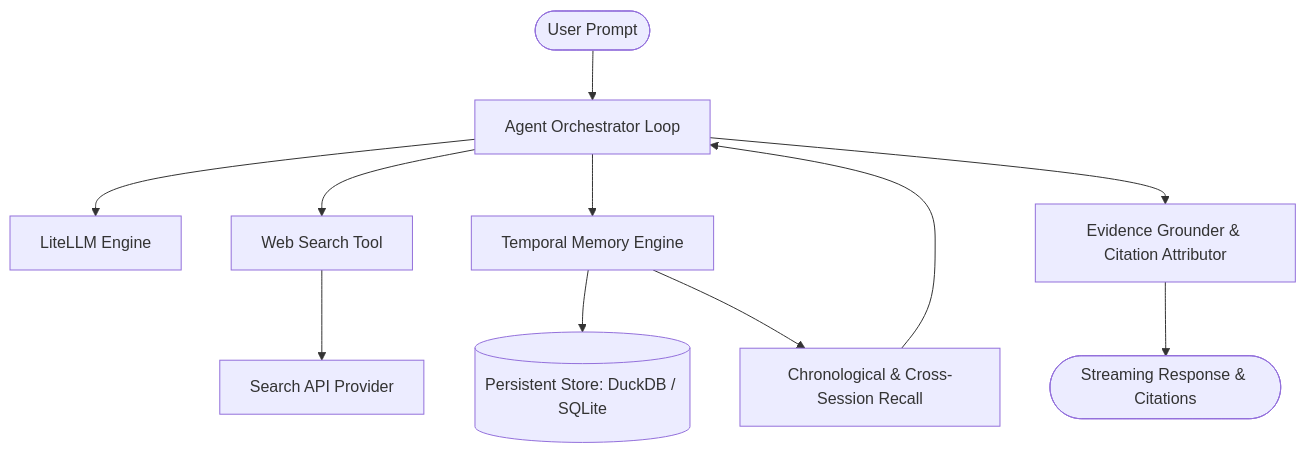
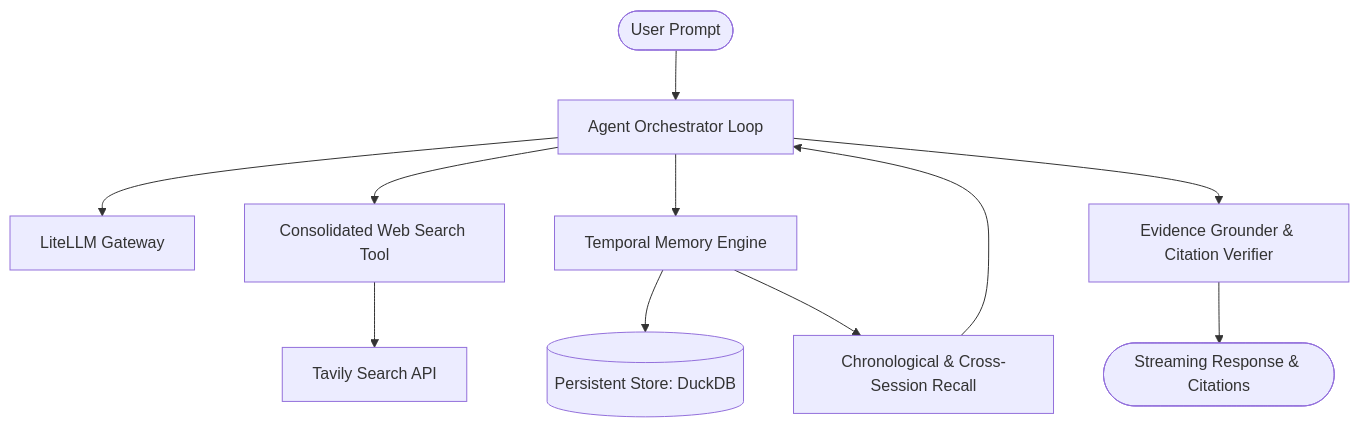
The diagram in README.md (Vedant1521/minimi), drawn with Mermaid before and after one commit. The commit also changed other lines of this file and 1 other file, not shown here.

Commit message:
test: add search reliability and security regression tests

````diff
--- a/README.md
+++ b/README.md
@@ -34,13 +24,13 @@
 ```mermaid
 graph TD
     User([User Prompt]) --> AgentLoop[Agent Orchestrator Loop]
-    AgentLoop --> LLM[LiteLLM Engine]
-    AgentLoop --> SearchTool[Web Search Tool]
-    SearchTool --> TavilyAPI[Search API Provider]
+    AgentLoop --> LLM[LiteLLM Gateway]
+    AgentLoop --> SearchTool[Consolidated Web Search Tool]
+    SearchTool --> TavilyAPI[Tavily Search API]
     AgentLoop --> MemoryEngine[Temporal Memory Engine]
-    MemoryEngine --> DB[(Persistent Store: DuckDB / SQLite)]
+    MemoryEngine --> DB[(Persistent Store: DuckDB)]
     MemoryEngine --> ChronoRetrieval[Chronological & Cross-Session Recall]
     ChronoRetrieval --> AgentLoop
-    AgentLoop --> Grounding[Evidence Grounder & Citation Attributor]
+    AgentLoop --> Grounding[Evidence Grounder & Citation Verifier]
     Grounding --> StreamResponse([Streaming Response & Citations])
 ```
````
